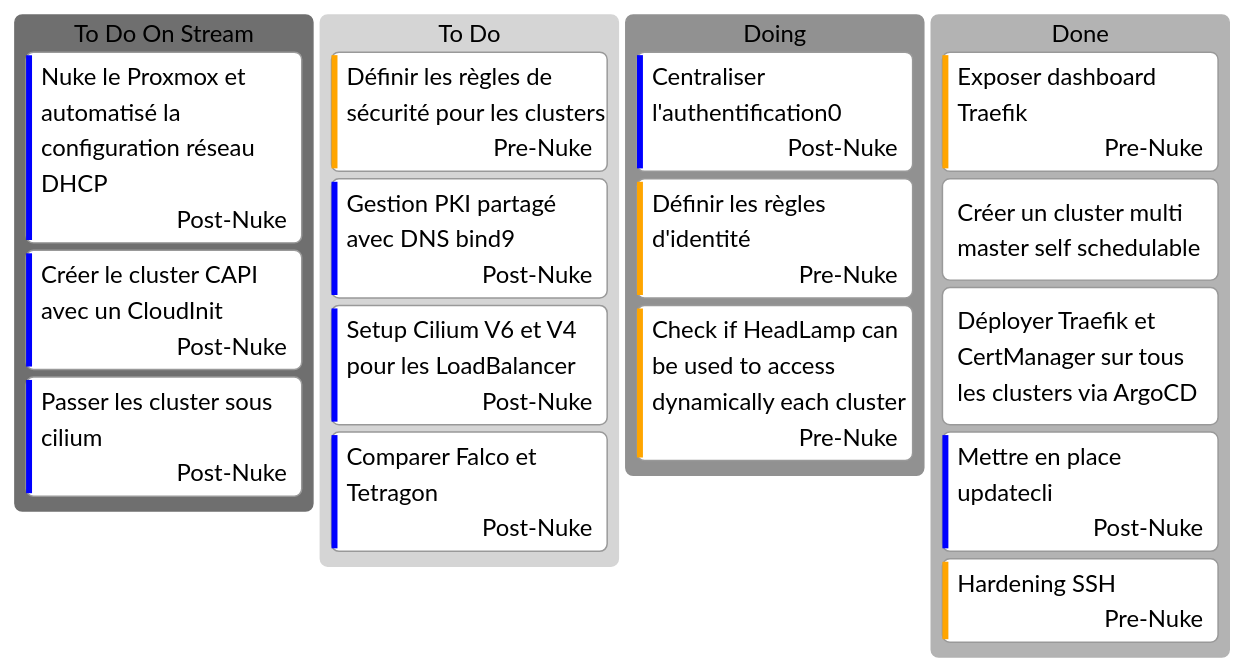
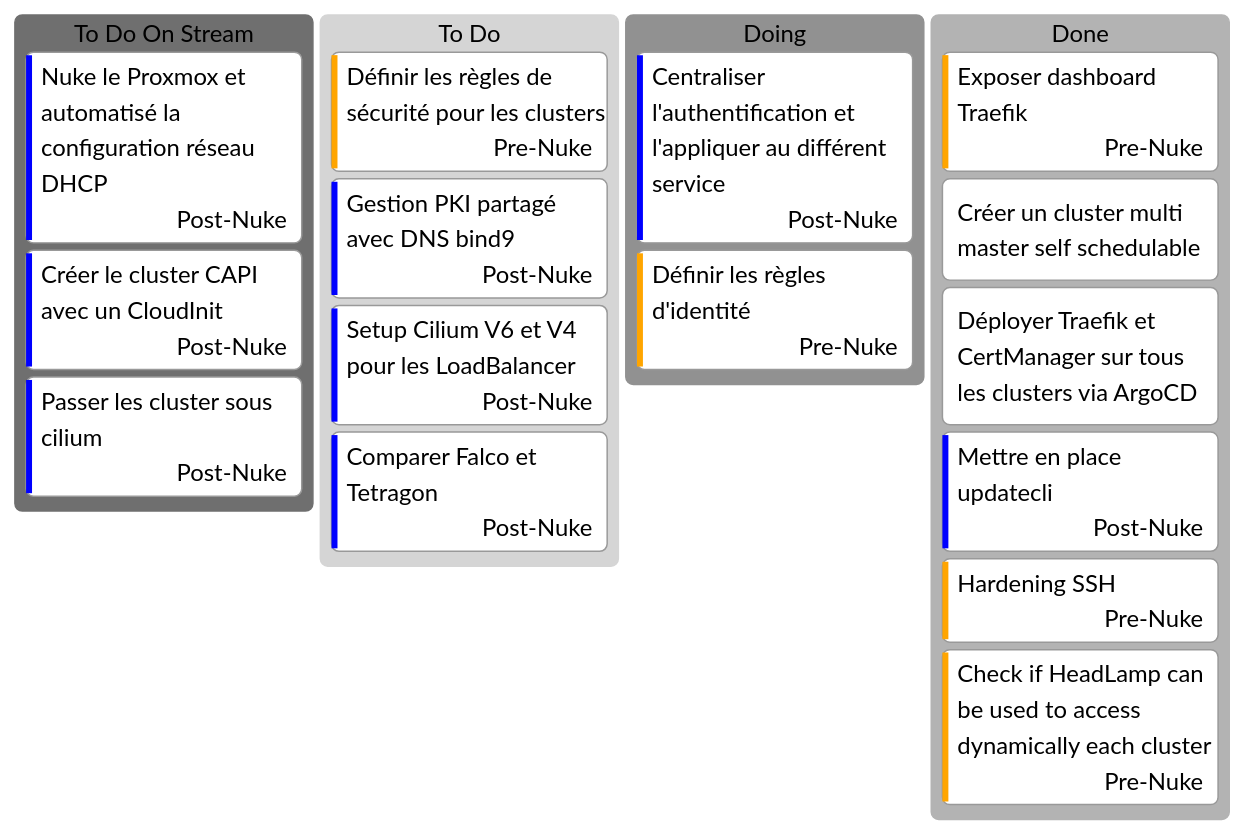
The diagram in 0.docs/0.introduction/kanban.md (batleforc/weebo-si), drawn with Mermaid (neutral theme) before and after one commit.

Commit message:
feat: Headlamp WORK

````diff
--- a/0.docs/0.introduction/kanban.md
+++ b/0.docs/0.introduction/kanban.md
@@ -3,28 +3,28 @@
 ```mermaid
 ---
 config:
   kanban:
     ticketBaseUrl: 'https://github.com/batleforc/weebo-si/issue/#TICKET#'
 ---
 
 kanban
   todoS[To Do On Stream]
     us4[Nuke le Proxmox et automatisé la configuration réseau DHCP]@{ assigned: Post-Nuke, priority: 'Low'}
     us5[Créer le cluster CAPI avec un CloudInit]@{ assigned: Post-Nuke, priority: 'Low'}
     us6[Passer les cluster sous cilium]@{ assigned: Post-Nuke, priority: 'Low'}
   todo[To Do]
     us3[Définir les règles de sécurité pour les clusters]@{ assigned: Pre-Nuke, priority: 'High'}
     us7[Gestion PKI partagé avec DNS bind9]@{ assigned: Post-Nuke, priority: 'Low'}
     use10[Setup Cilium V6 et V4 pour les LoadBalancer]@{ assigned: Post-Nuke, priority: 'Low'}
     us11[Comparer Falco et Tetragon]@{ assigned: Post-Nuke, priority: 'Low'}
   doing[Doing]
-    use12[Centraliser l'authentification0]@{ assigned: Post-Nuke, priority: 'Low'}
+    use12[Centraliser l'authentification et l'appliquer au différent service]@{ assigned: Post-Nuke, priority: 'Low'}
     us8[Définir les règles d'identité]@{ assigned: Pre-Nuke, priority: 'High'}
-    use8[Check if HeadLamp can be used to access dynamically each cluster]@{ assigned: Pre-Nuke, priority: 'High'}
   done[Done]
     us7[Exposer dashboard Traefik]@{ assigned: Pre-Nuke, priority: 'High'}
     us1[Créer un cluster multi master self schedulable]
     us2[Déployer Traefik et CertManager sur tous les clusters via ArgoCD]
     us9[Mettre en place updatecli]@{ assigned: Post-Nuke, priority: 'Low'}
     us13[Hardening SSH]@{ assigned: Pre-Nuke, priority: 'High'}
+    use8[Check if HeadLamp can be used to access dynamically each cluster]@{ assigned: Pre-Nuke, priority: 'High'}
 ```
````
